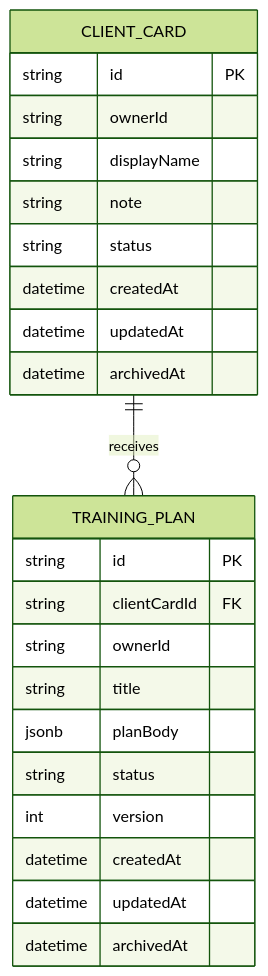
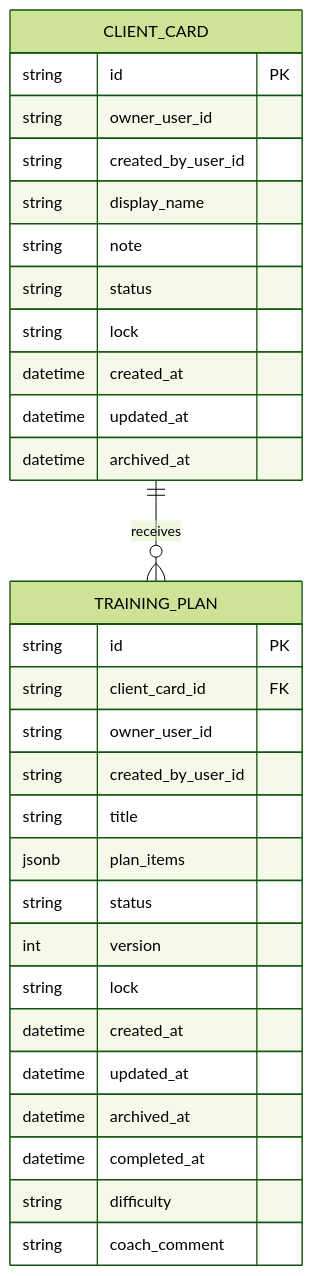
The diagram in docs/03-architecture/ERD.md (MartyanovAV/otuskotlin), drawn with Mermaid (forest theme) before and after one commit. The commit also changed other lines of this file and 59 other files, not shown here.

````diff
--- a/docs/03-architecture/ERD.md
+++ b/docs/03-architecture/ERD.md
@@ -16,28 +16,35 @@
 ```mermaid
 erDiagram
     CLIENT_CARD ||--o{ TRAINING_PLAN : receives
 
     CLIENT_CARD {
         string id PK
-        string ownerId
-        string displayName
+        string owner_user_id
+        string created_by_user_id
+        string display_name
         string note
         string status
-        datetime createdAt
-        datetime updatedAt
-        datetime archivedAt
+        string lock
+        datetime created_at
+        datetime updated_at
+        datetime archived_at
     }
 
     TRAINING_PLAN {
         string id PK
-        string clientCardId FK
-        string ownerId
+        string client_card_id FK
+        string owner_user_id
+        string created_by_user_id
         string title
-        jsonb planBody
+        jsonb plan_items
         string status
         int version
-        datetime createdAt
-        datetime updatedAt
-        datetime archivedAt
+        string lock
+        datetime created_at
+        datetime updated_at
+        datetime archived_at
+        datetime completed_at
+        string difficulty
+        string coach_comment
     }
 ```
````
